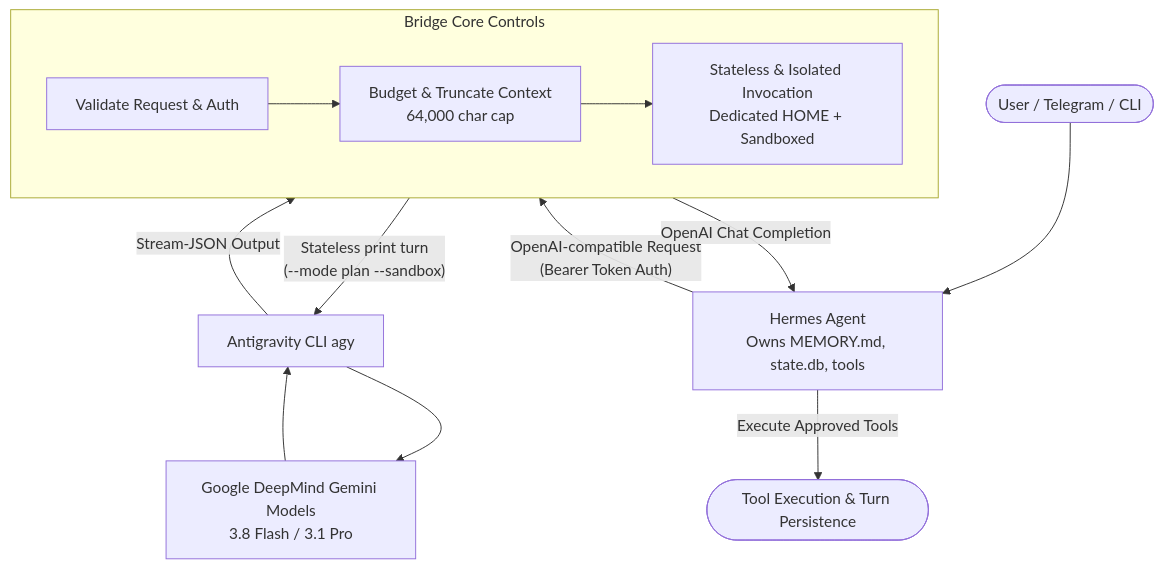
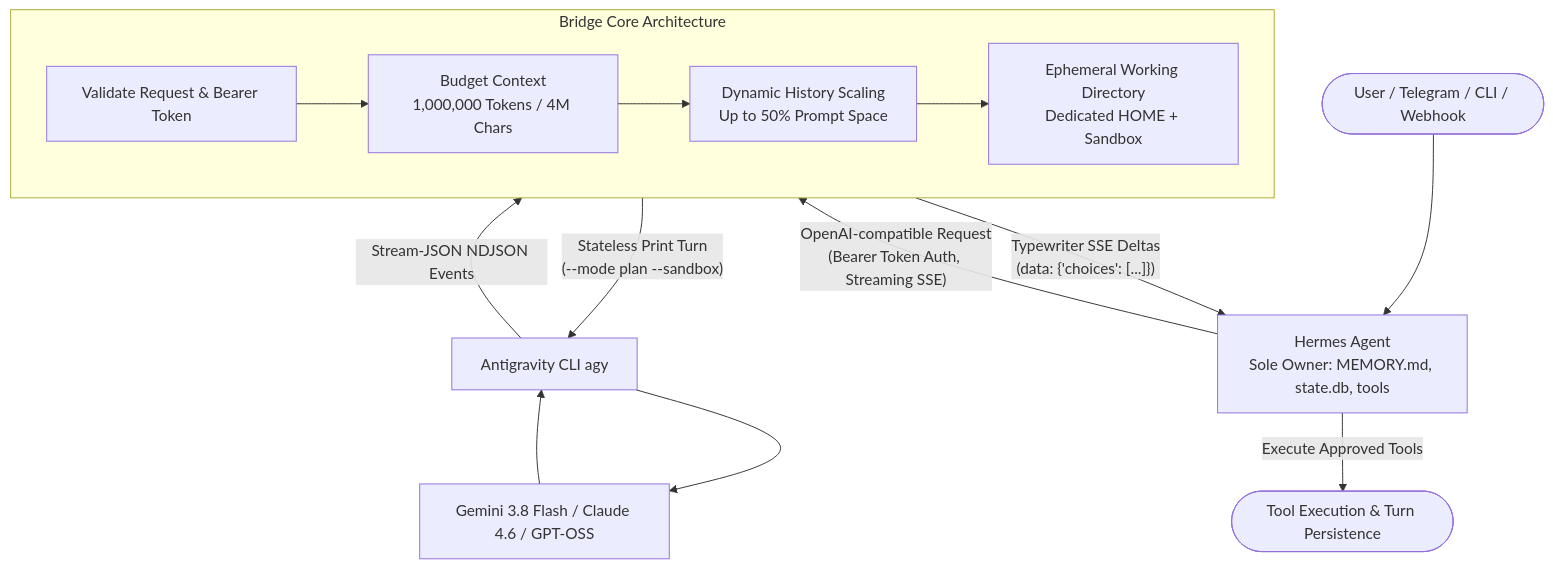
The diagram in README.md (usright003-cmyk/hermes-antigravity-bridge), drawn with Mermaid before and after one commit. The commit also changed other lines of this file, not shown here.

Commit message:
docs: elevate README with 1M tokens, multi-model table, and modern badges

````diff
--- a/README.md
+++ b/README.md
@@ -31,17 +50,18 @@
 ```mermaid
 flowchart TD
-    User([User / Telegram / CLI]) --> Hermes[Hermes Agent\nOwns MEMORY.md, state.db, tools]
-    Hermes -- "OpenAI-compatible Request\n(Bearer Token Auth)" --> Bridge[Hermes Antigravity Bridge\n:8765]
+    User([User / Telegram / CLI / Webhook]) --> Hermes[Hermes Agent\nSole Owner: MEMORY.md, state.db, tools]
+    Hermes -- "OpenAI-compatible Request\n(Bearer Token Auth, Streaming SSE)" --> Bridge[Hermes Antigravity Bridge\n127.0.0.1:8765]
     
-    subgraph Bridge [Bridge Core Controls]
-        V[Validate Request & Auth] --> B[Budget & Truncate Context\n64,000 char cap]
-        B --> S[Stateless & Isolated Invocation\nDedicated HOME + Sandboxed]
+    subgraph Bridge [Bridge Core Architecture]
+        V[Validate Request & Bearer Token] --> B[Budget Context\n1,000,000 Tokens / 4M Chars]
+        B --> D[Dynamic History Scaling\nUp to 50% Prompt Space]
+        D --> S[Ephemeral Working Directory\nDedicated HOME + Sandbox]
     end
     
-    Bridge -- "Stateless print turn\n(--mode plan --sandbox)" --> AGY[Antigravity CLI agy]
-    AGY --> Gemini[Google DeepMind Gemini Models\n3.8 Flash / 3.1 Pro]
-    Gemini --> AGY
-    AGY -- "Stream-JSON Output" --> Bridge
-    Bridge -- "OpenAI Chat Completion" --> Hermes
+    Bridge -- "Stateless Print Turn\n(--mode plan --sandbox)" --> AGY[Antigravity CLI agy]
+    AGY --> Models[Gemini 3.8 Flash / Claude 4.6 / GPT-OSS]
+    Models --> AGY
+    AGY -- "Stream-JSON NDJSON Events" --> Bridge
+    Bridge -- "Typewriter SSE Deltas\n(data: {'choices': [...]})" --> Hermes
     Hermes -- "Execute Approved Tools" --> Action([Tool Execution & Turn Persistence])
 ```
````
